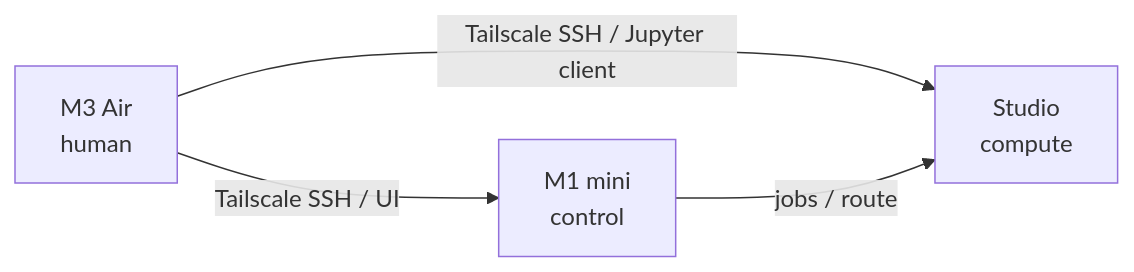
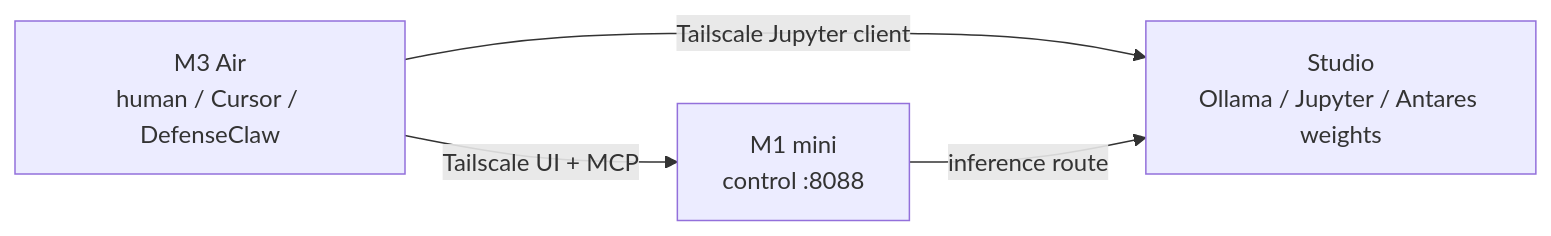
Before and after one commit to sgerhart/ai-lab: the first of 4 diagrams in docs/architecture/diagrams.md, drawn with Mermaid. The commit also changed other lines of this file and 35 other files, not shown here.

First line of the commit message:
Align architecture with live mini/Studio path and ship operator tooling.

````diff
--- a/docs/architecture/diagrams.md
+++ b/docs/architecture/diagrams.md
@@ -5,9 +5,9 @@
 ```mermaid
 flowchart LR
-  air[M3 Air\nhuman]
-  m1[M1 mini\ncontrol]
-  st[Studio\ncompute]
-  air -->|Tailscale SSH / UI| m1
-  air -->|Tailscale SSH / Jupyter client| st
-  m1 -->|jobs / route| st
+  air[M3 Air\nhuman / Cursor / DefenseClaw]
+  m1[M1 mini\ncontrol :8088]
+  st[Studio\nOllama / Jupyter / Antares weights]
+  air -->|Tailscale UI + MCP| m1
+  air -->|Tailscale Jupyter client| st
+  m1 -->|inference route| st
 ```
````
